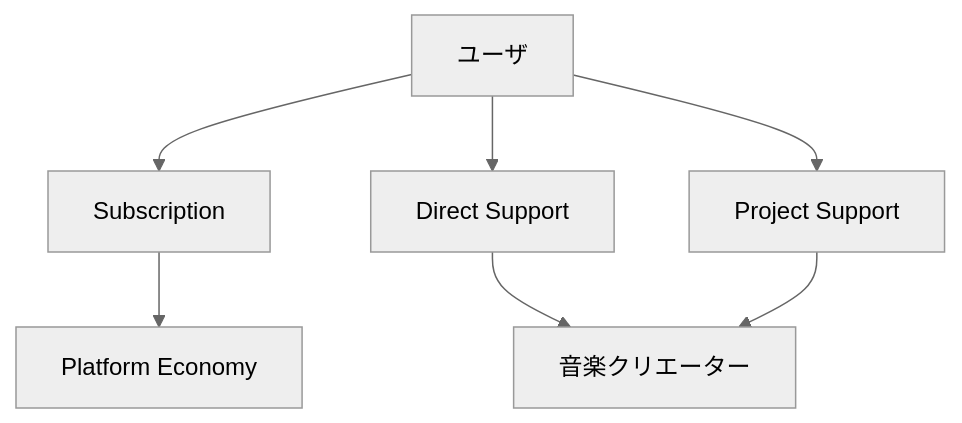
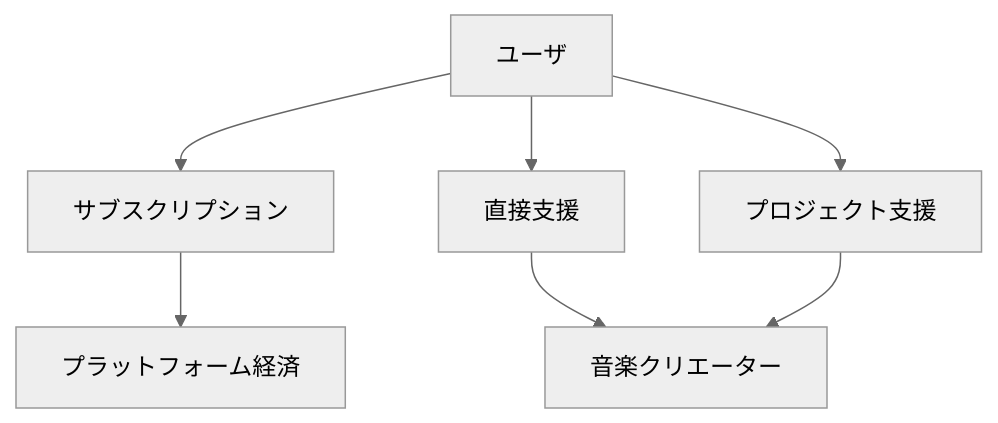
One commit to ShigeichiroYamasaki/creator-first-platform changed diagram 16 of 27 in docs/whitepaper/06-economics-mathjax.md. Above: the diagram before and after it, drawn with Mermaid (neutral theme). The commit also changed other lines of this file and 72 other files, not shown here.

````diff
--- a/docs/whitepaper/06-economics-mathjax.md
+++ b/docs/whitepaper/06-economics-mathjax.md
@@ -780,12 +780,12 @@
 ```mermaid
 flowchart TD
     USER[ユーザ]
 
-    USER --> SUB[Subscription]
-    USER --> TIP[Direct Support]
-    USER --> PROJECT[Project Support]
+    USER --> SUB[サブスクリプション]
+    USER --> TIP[直接支援]
+    USER --> PROJECT[プロジェクト支援]
 
-    SUB --> ECON[Platform Economy]
+    SUB --> ECON[プラットフォーム経済]
     TIP --> CREATOR[音楽クリエーター]
     PROJECT --> CREATOR
 ```
````
